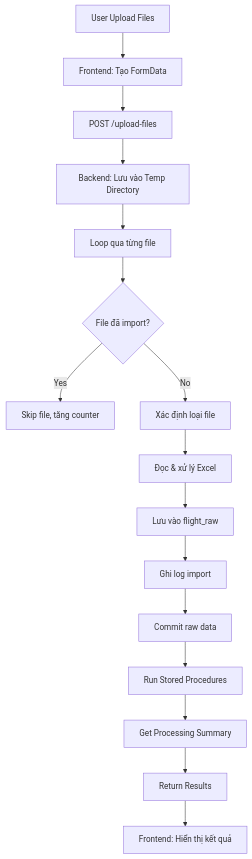
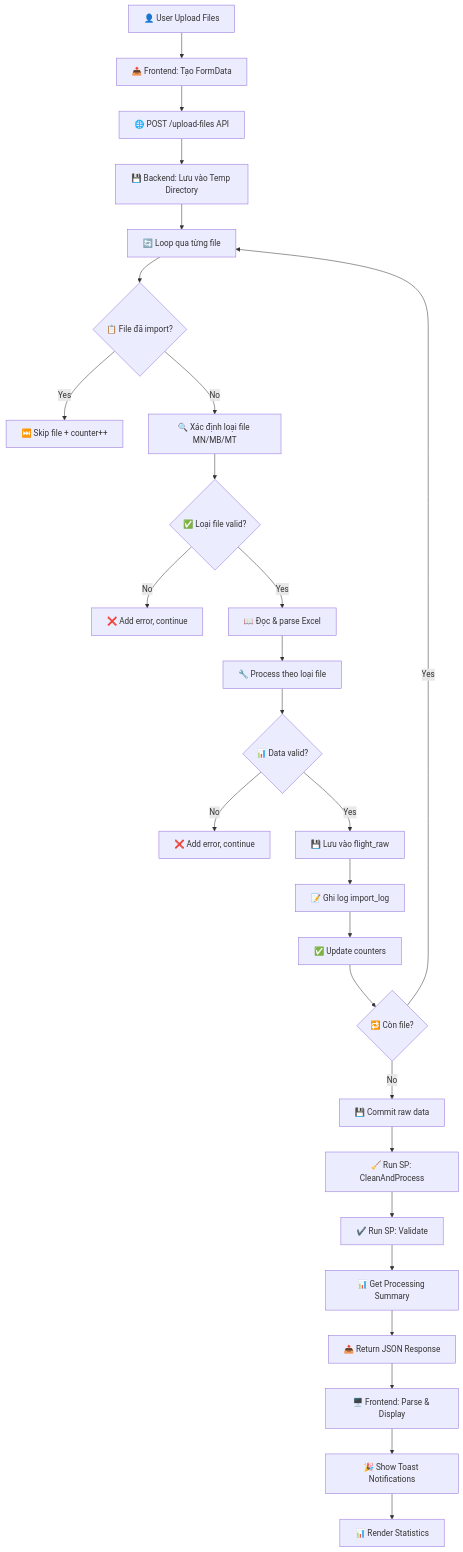
Before and after one commit to mnhtng/airline: the diagram in backend/BATCH_FILE_PROCESSING_FLOW.md, drawn with Mermaid. The commit also changed other lines of this file and 1 other file, not shown here.

Commit message:
Feat: improve excel files processing summary UI

````diff
--- a/backend/BATCH_FILE_PROCESSING_FLOW.md
+++ b/backend/BATCH_FILE_PROCESSING_FLOW.md
@@ -11,18 +85,29 @@
 ```mermaid
 graph TD
-    A[User Upload Files] --> B[Frontend: Tạo FormData]
-    B --> C[POST /upload-files]
-    C --> D[Backend: Lưu vào Temp Directory]
-    D --> E[Loop qua từng file]
-    E --> F{File đã import?}
-    F -->|Yes| G[Skip file, tăng counter]
-    F -->|No| H[Xác định loại file]
-    H --> I[Đọc & xử lý Excel]
-    I --> J[Lưu vào flight_raw]
-    J --> K[Ghi log import]
-    K --> L[Commit raw data]
-    L --> M[Run Stored Procedures]
-    M --> N[Get Processing Summary]
-    N --> O[Return Results]
-    O --> P[Frontend: Hiển thị kết quả]
+    A[👤 User Upload Files] --> B[📤 Frontend: Tạo FormData]
+    B --> C[🌐 POST /upload-files API]
+    C --> D[💾 Backend: Lưu vào Temp Directory]
+    D --> E[🔄 Loop qua từng file]
+    E --> F{📋 File đã import?}
+    F -->|Yes| G[⏭️ Skip file + counter++]
+    F -->|No| H[🔍 Xác định loại file MN/MB/MT]
+    H --> I{✅ Loại file valid?}
+    I -->|No| Z1[❌ Add error, continue]
+    I -->|Yes| J[📖 Đọc & parse Excel]
+    J --> K[🔧 Process theo loại file]
+    K --> L{📊 Data valid?}
+    L -->|No| Z2[❌ Add error, continue]
+    L -->|Yes| M[💾 Lưu vào flight_raw]
+    M --> N[📝 Ghi log import_log]
+    N --> O[✅ Update counters]
+    O --> P{🔁 Còn file?}
+    P -->|Yes| E
+    P -->|No| Q[💾 Commit raw data]
+    Q --> R[🧹 Run SP: CleanAndProcess]
+    R --> S[✔️ Run SP: Validate]
+    S --> T[📊 Get Processing Summary]
+    T --> U[📤 Return JSON Response]
+    U --> V[🖥️ Frontend: Parse & Display]
+    V --> W[🎉 Show Toast Notifications]
+    W --> X[📊 Render Statistics]
 ```
````
